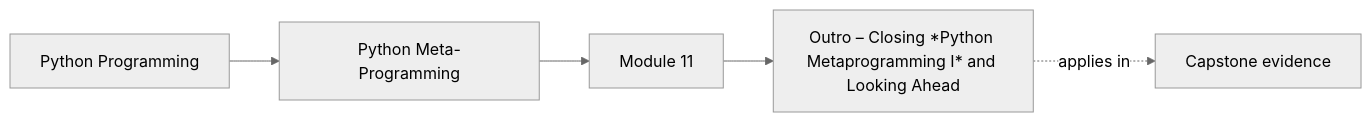
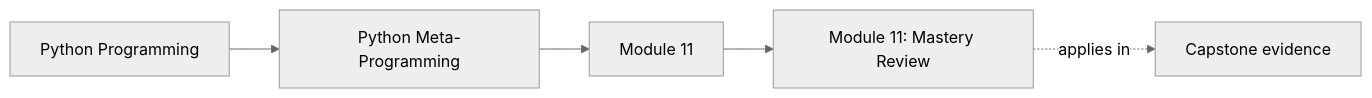
The first of 2 diagrams in programs/python-programming/python-meta-programming/course-book/module-11.md (bijux/bijux-masterclass), drawn with Mermaid (neutral theme) before and after one commit. The commit also changed other lines of this file and 5 other files, not shown here.

Commit message:
docs(python-meta-programming): tighten course entry and module framing

````diff
--- a/programs/python-programming/python-meta-programming/course-book/module-11.md
+++ b/programs/python-programming/python-meta-programming/course-book/module-11.md
@@ -7,11 +7,11 @@
 ```mermaid
 graph LR
   family["Python Programming"]
   program["Python Meta-Programming"]
   section["Module 11"]
-  page["Outro – Closing *Python Metaprogramming I* and Looking Ahead"]
+  page["Module 11: Mastery Review"]
   capstone["Capstone evidence"]
 
   family --> program --> section --> page
   page -.applies in.-> capstone
 ```
````
